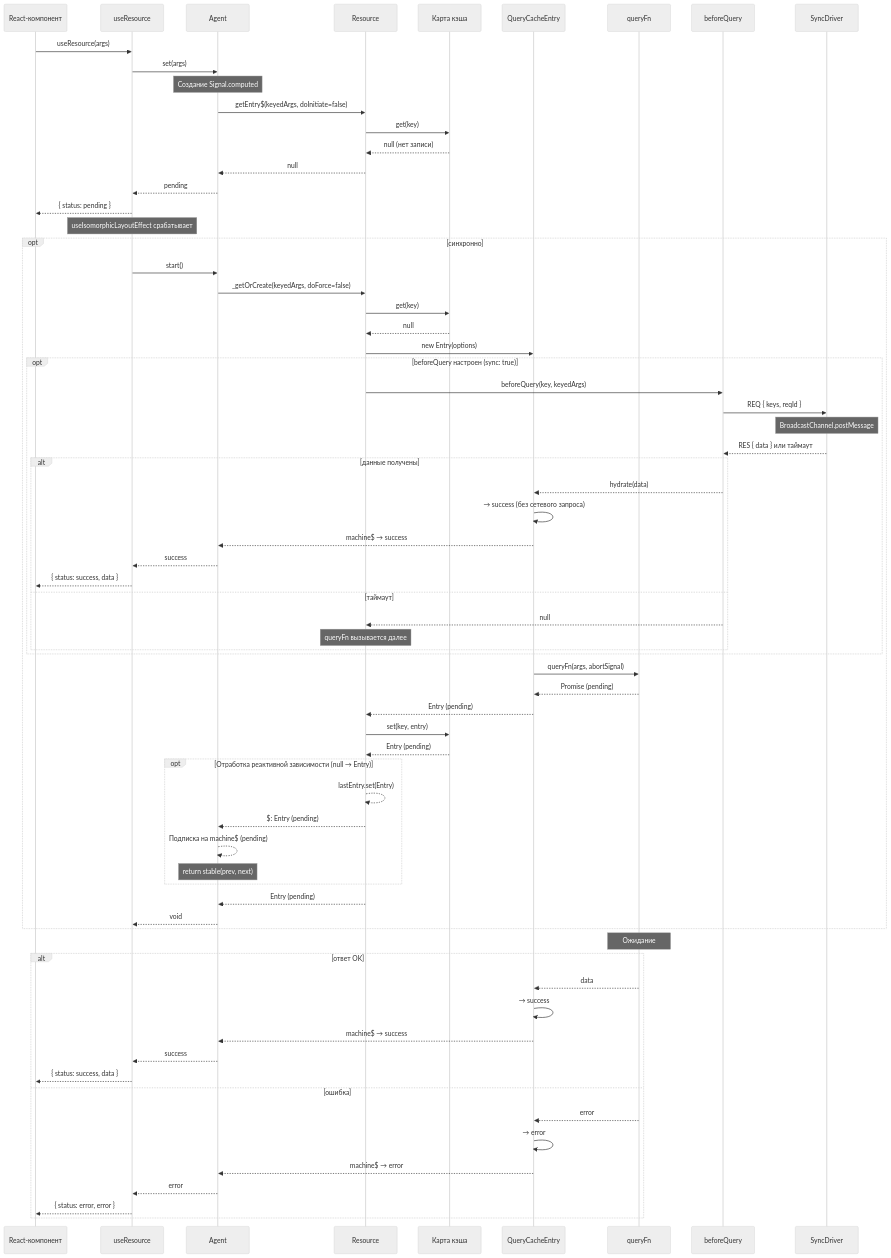
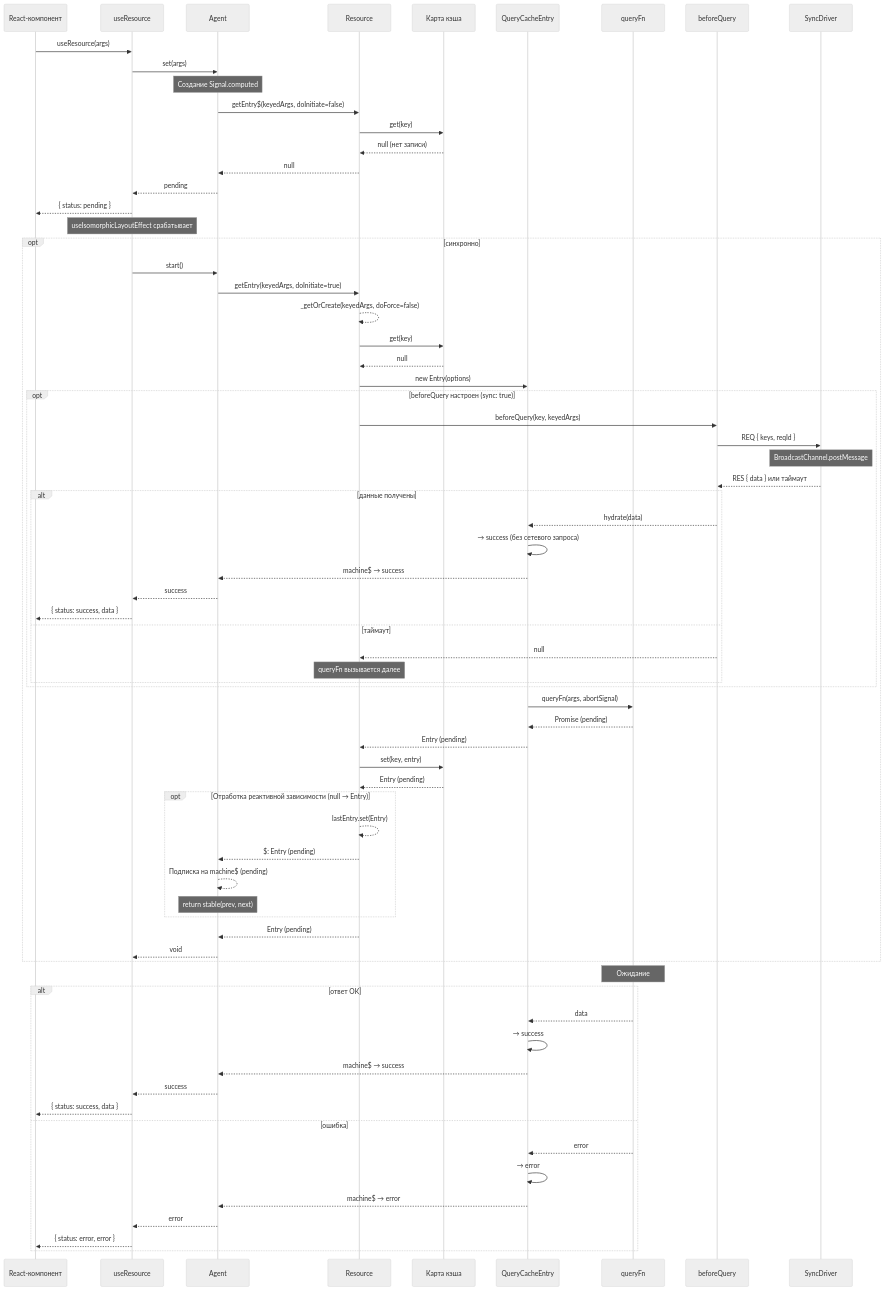
One commit to fozy-labs/rx-toolkit changed the first of 10 diagrams in docs/query/concepts/dataflows.md. Above: the diagram before and after it, drawn with Mermaid (neutral theme). The commit also changed other lines of this file and 30 other files, not shown here.

```diff
--- a/docs/query/concepts/dataflows.md
+++ b/docs/query/concepts/dataflows.md
@@ -41,7 +41,8 @@
 
     opt синхронно
         Hook->>Agent: start()
-        Agent->>Res: _getOrCreate(keyedArgs, doForce=false)
+        Agent->>Res: getEntry(keyedArgs, doInitiate=true)
+        Res-->>Res: _getOrCreate(keyedArgs, doForce=false)
         Res->>Cache: get(key)
         Cache-->>Res: null
         Res->>Entry: new Entry(options)
```
